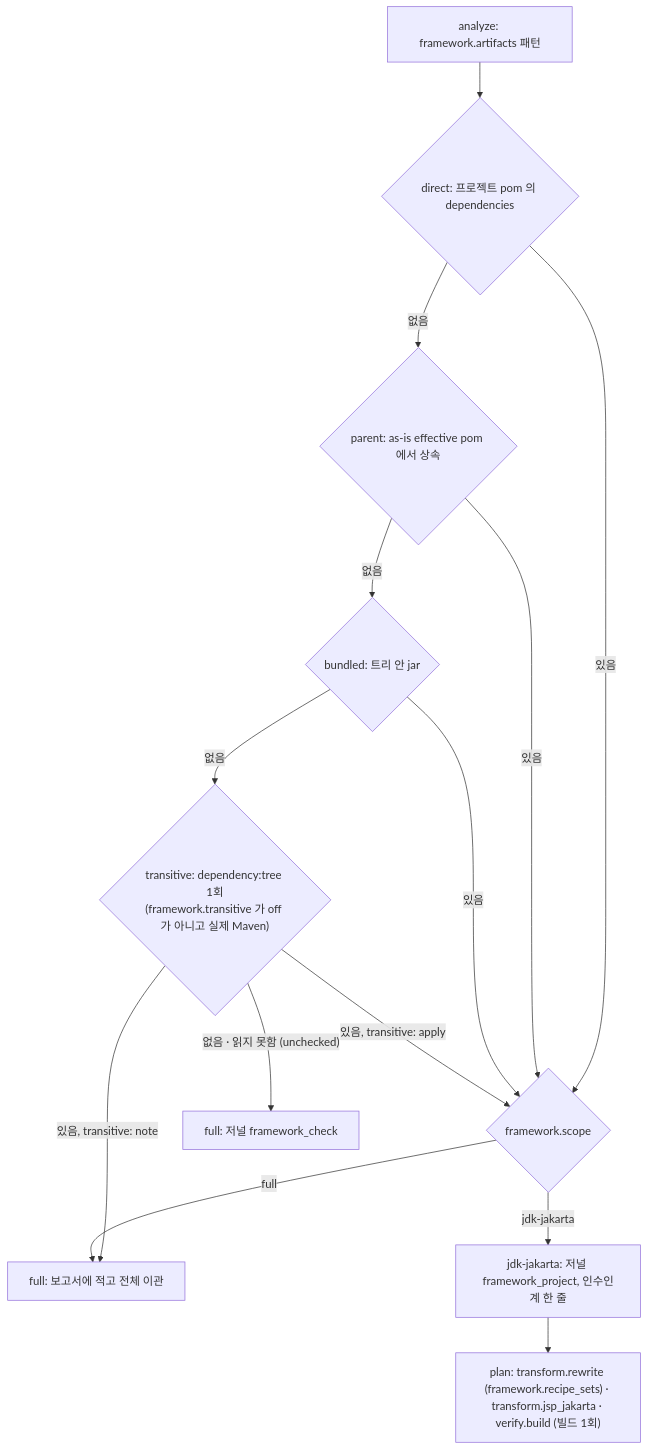
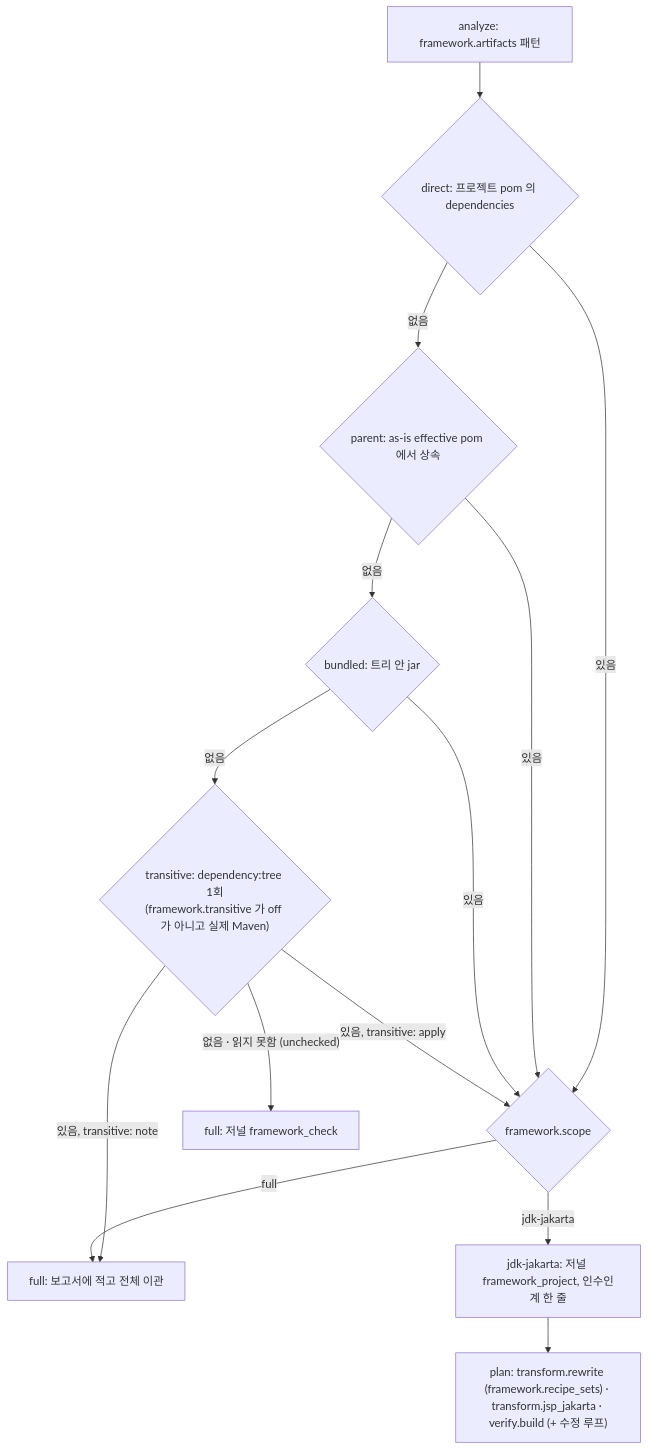
The third of 8 diagrams in docs/migration-agent/README.md (acandiatale/tutu), drawn with Mermaid before and after one commit. The commit also changed other lines of this file and 20 other files, not shown here.

````diff
--- a/docs/migration-agent/README.md
+++ b/docs/migration-agent/README.md
@@ -211,16 +211,16 @@
 ```mermaid
 flowchart TD
   A["analyze: framework.artifacts 패턴"] --> D{"direct: 프로젝트 pom 의 dependencies"}
   D -->|"없음"| P{"parent: as-is effective pom 에서 상속"}
   P -->|"없음"| B{"bundled: 트리 안 jar"}
   B -->|"없음"| TR{"transitive: dependency:tree 1회<br/>(framework.transitive 가 off 가 아니고 실제 Maven)"}
   D -->|"있음"| S{"framework.scope"}
   P -->|"있음"| S
   B -->|"있음"| S
   TR -->|"있음, transitive: apply"| S
   TR -->|"있음, transitive: note"| FULL["full: 보고서에 적고 전체 이관"]
   TR -->|"없음 · 읽지 못함 (unchecked)"| FULL2["full: 저널 framework_check"]
   S -->|"jdk-jakarta"| R["jdk-jakarta: 저널 framework_project, 인수인계 한 줄"]
   S -->|"full"| FULL
-  R --> PL["plan: transform.rewrite (framework.recipe_sets) · transform.jsp_jakarta · verify.build (빌드 1회)"]
+  R --> PL["plan: transform.rewrite (framework.recipe_sets) · transform.jsp_jakarta · verify.build (+ 수정 루프)"]
 ```
````
